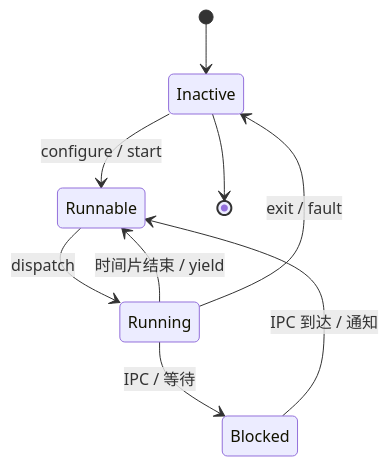
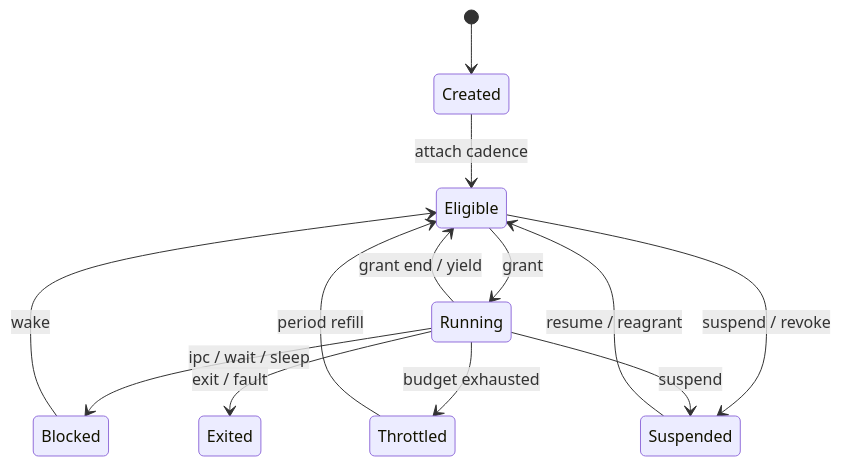
Before and after one commit to hongweifei/HolyKernel: the first of 2 diagrams in docs/execution.md, drawn with Mermaid. The commit also changed other lines of this file and 30 other files, not shown here.

````diff
--- a/docs/execution.md
+++ b/docs/execution.md
@@ -34,11 +69,15 @@
 ```mermaid
 stateDiagram-v2
-    [*] --> Inactive
-    Inactive --> Runnable: configure / start
-    Runnable --> Running: dispatch
-    Running --> Runnable: 时间片结束 / yield
-    Running --> Blocked: IPC / 等待
-    Blocked --> Runnable: IPC 到达 / 通知
-    Running --> Inactive: exit / fault
-    Inactive --> [*]
+    [*] --> Created
+    Created --> Eligible: attach cadence
+    Eligible --> Running: grant
+    Running --> Eligible: grant end / yield
+    Running --> Blocked: ipc / wait / sleep
+    Blocked --> Eligible: wake
+    Running --> Throttled: budget exhausted
+    Throttled --> Eligible: period refill
+    Eligible --> Suspended: suspend / revoke
+    Running --> Suspended: suspend
+    Suspended --> Eligible: resume / reagrant
+    Running --> Exited: exit / fault
 ```
````
